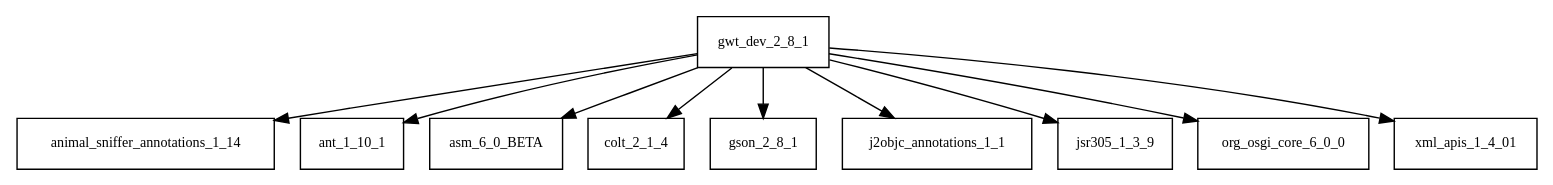
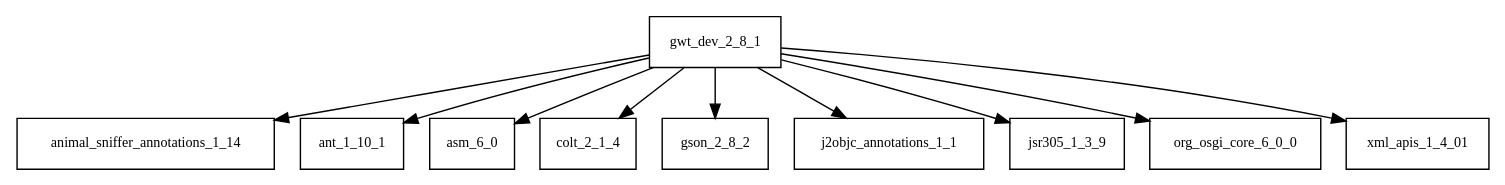
The diagram in tattleTaleReport/graphviz/gwt-dev-2.8.1.jar/gwt-dev-2.8.1.jar.dot (AglaianWoman/cia), drawn with Graphviz before and after one commit. The commit also changed 3333 other files, not shown here.

```diff
--- a/tattleTaleReport/graphviz/gwt-dev-2.8.1.jar/gwt-dev-2.8.1.jar.dot
+++ b/tattleTaleReport/graphviz/gwt-dev-2.8.1.jar/gwt-dev-2.8.1.jar.dot
@@ -1,12 +1,12 @@
 digraph gwt_dev_2_8_1_dependencies {
   node [shape = box, fontsize=10.0];
   gwt_dev_2_8_1 -> animal_sniffer_annotations_1_14;
   gwt_dev_2_8_1 -> ant_1_10_1;
-  gwt_dev_2_8_1 -> asm_6_0_BETA;
+  gwt_dev_2_8_1 -> asm_6_0;
   gwt_dev_2_8_1 -> colt_2_1_4;
-  gwt_dev_2_8_1 -> gson_2_8_1;
+  gwt_dev_2_8_1 -> gson_2_8_2;
   gwt_dev_2_8_1 -> j2objc_annotations_1_1;
   gwt_dev_2_8_1 -> jsr305_1_3_9;
   gwt_dev_2_8_1 -> org_osgi_core_6_0_0;
   gwt_dev_2_8_1 -> xml_apis_1_4_01;
 }
```
